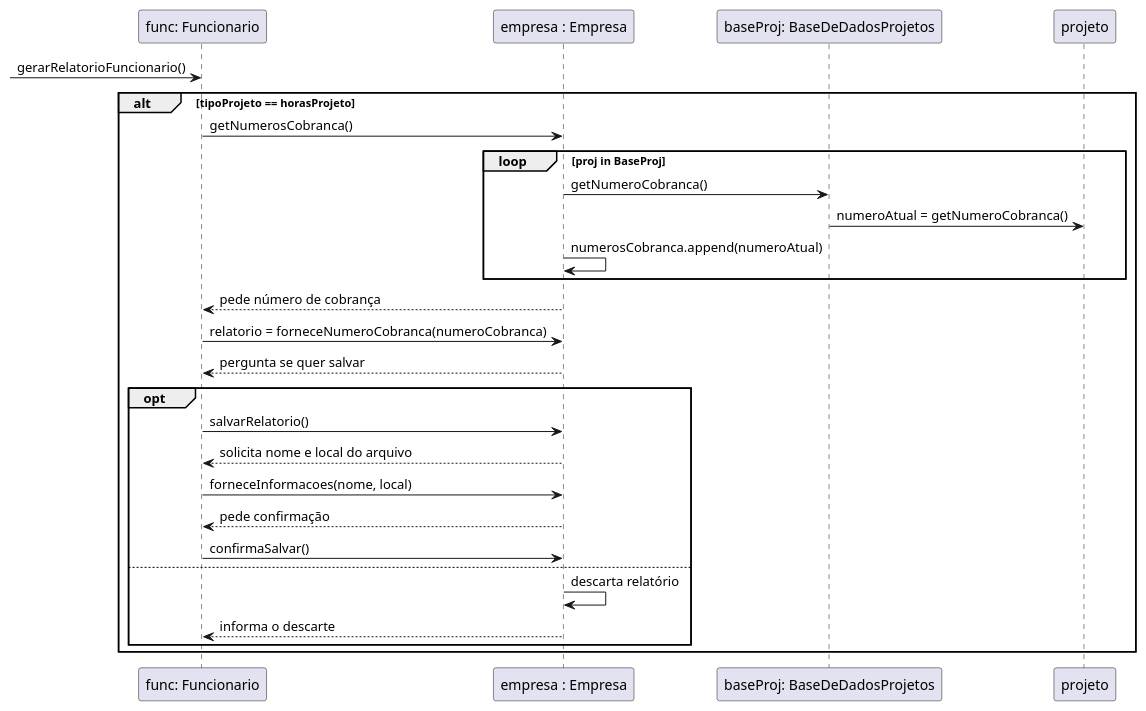
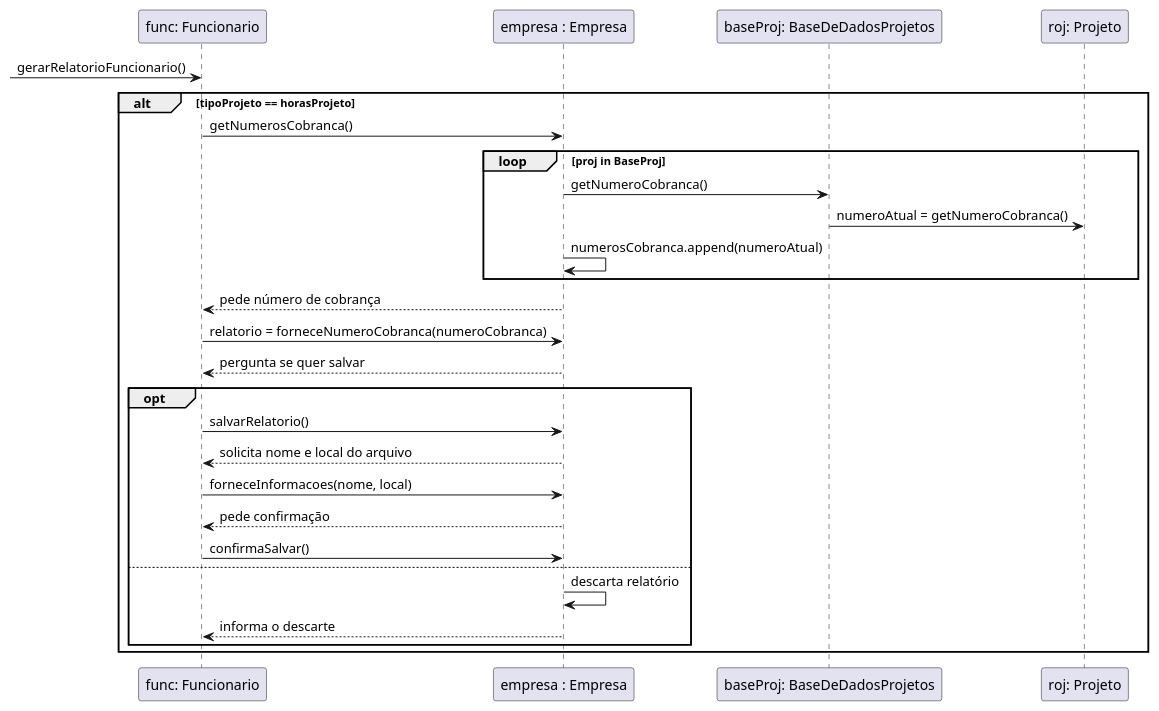
Before and after one commit to tikaradate/CI1163-Design_de_Software: the diagram in casos_de_uso/caso-3/3-DS.plantuml, drawn with PlantUML. The commit also changed 2 other files, not shown here.

```diff
--- a/casos_de_uso/caso-3/3-DS.plantuml
+++ b/casos_de_uso/caso-3/3-DS.plantuml
@@ -1,32 +1,33 @@
 @startuml Caso3
 
 Participant "func: Funcionario" as funcionario
 Participant "empresa : Empresa" as empresa
 ' Participant "listaFun : ListaDeFuncionarios" as listaFuncionarios
 ' Participant "pgto: Pagamento" as pagamento
 ' Participant "ponto: Ponto" as ponto
 Participant "baseProj: BaseDeDadosProjetos" as baseProjeto
+Participant "roj: Projeto" as projeto
 
 -> funcionario: gerarRelatorioFuncionario()
 alt tipoProjeto == horasProjeto
 funcionario -> empresa: getNumerosCobranca()
     loop proj in BaseProj
         empresa -> baseProjeto: getNumeroCobranca()
         baseProjeto -> projeto: numeroAtual = getNumeroCobranca()
         empresa -> empresa: numerosCobranca.append(numeroAtual)
     end
     empresa --> funcionario: pede número de cobrança
     funcionario -> empresa: relatorio = forneceNumeroCobranca(numeroCobranca)
     empresa --> funcionario: pergunta se quer salvar
     opt
         funcionario -> empresa: salvarRelatorio()
         empresa --> funcionario: solicita nome e local do arquivo
         funcionario -> empresa: forneceInformacoes(nome, local)
         empresa --> funcionario: pede confirmação
         funcionario -> empresa: confirmaSalvar()
     else
         empresa -> empresa: descarta relatório
         empresa --> funcionario: informa o descarte
     end
 end
 @enduml
```
